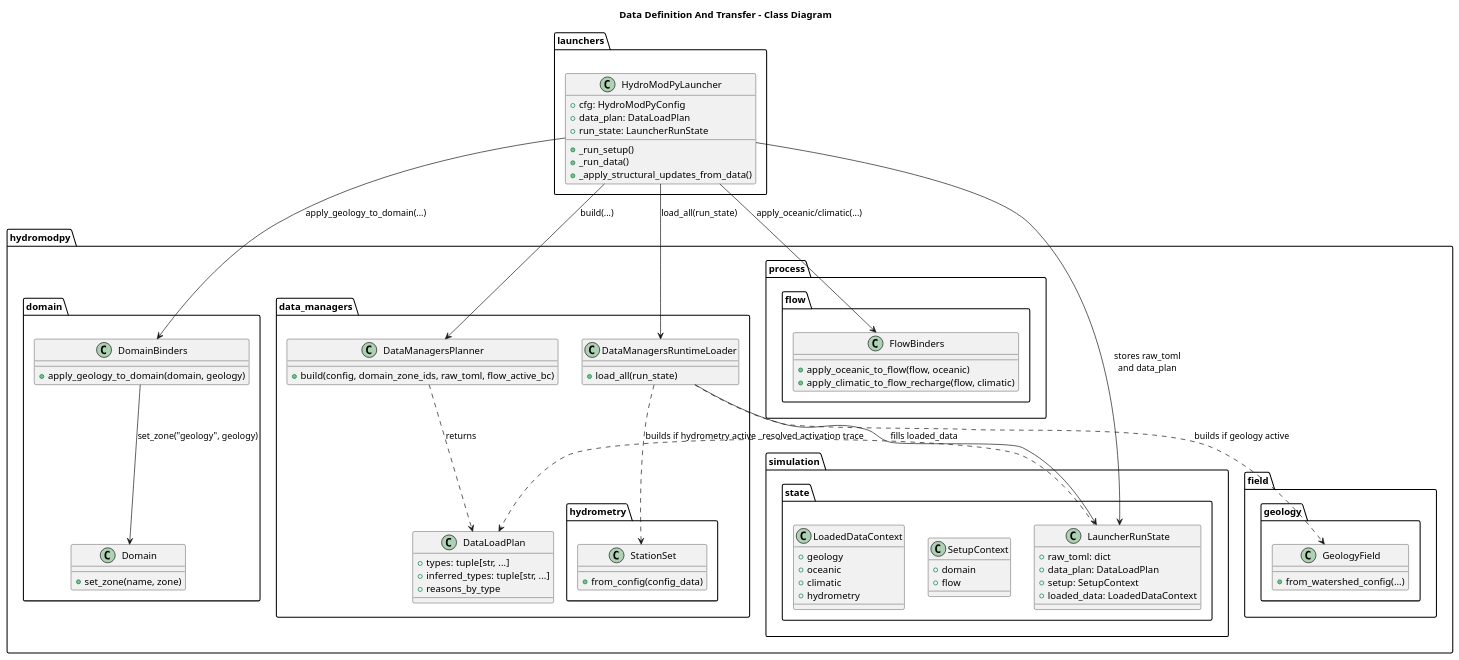
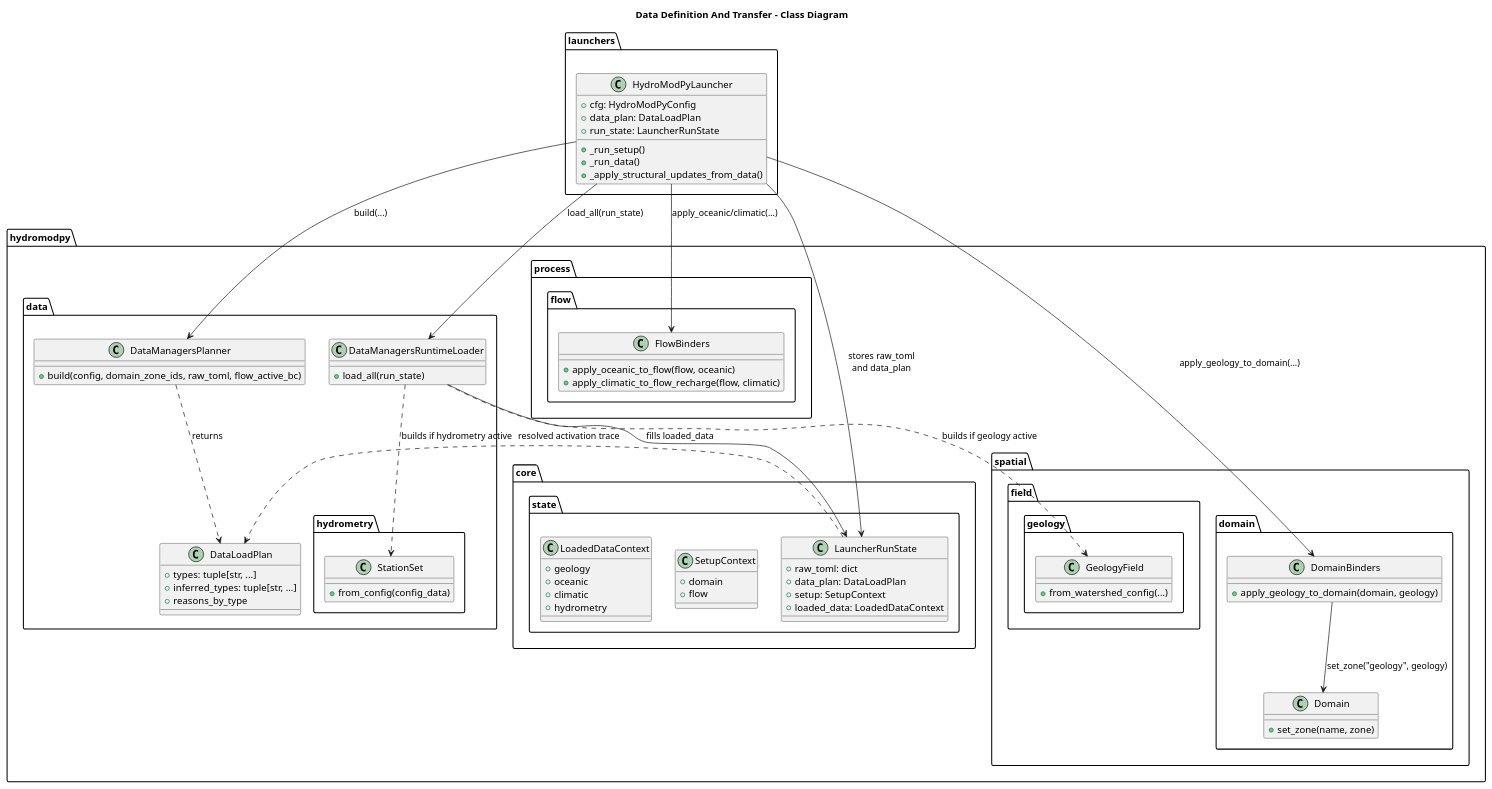
One commit to HydroModPy/HydroModPy changed the diagram in docs/readthedocs/source/architecture/data_loading/diagrams/data_definition_transfer_class.wsd. Above: the diagram before and after it, drawn with PlantUML. The commit also changed 1238 other files, not shown here.

```diff
--- a/docs/readthedocs/source/architecture/data_loading/diagrams/data_definition_transfer_class.wsd
+++ b/docs/readthedocs/source/architecture/data_loading/diagrams/data_definition_transfer_class.wsd
@@ -1,95 +1,95 @@
 @startuml
 title Data Definition And Transfer - Class Diagram
 
 package "launchers" {
   class HydroModPyLauncher {
     +cfg: HydroModPyConfig
     +data_plan: DataLoadPlan
     +run_state: LauncherRunState
     +_run_setup()
     +_run_data()
     +_apply_structural_updates_from_data()
   }
 }
 
-package "hydromodpy.simulation.state" {
+package "hydromodpy.core.state" {
   class LauncherRunState {
     +raw_toml: dict
     +data_plan: DataLoadPlan
     +setup: SetupContext
     +loaded_data: LoadedDataContext
   }
 
   class SetupContext {
     +domain
     +flow
   }
 
   class LoadedDataContext {
     +geology
     +oceanic
     +climatic
     +hydrometry
   }
 }
 
-package "hydromodpy.data_managers" {
+package "hydromodpy.data" {
   class DataManagersPlanner {
     +build(config, domain_zone_ids, raw_toml, flow_active_bc)
   }
 
   class DataLoadPlan {
     +types: tuple[str, ...]
     +inferred_types: tuple[str, ...]
     +reasons_by_type
   }
 
   class DataManagersRuntimeLoader {
     +load_all(run_state)
   }
 }
 
-package "hydromodpy.field.geology" {
+package "hydromodpy.spatial.field.geology" {
   class GeologyField {
     +from_watershed_config(...)
   }
 }
 
-package "hydromodpy.data_managers.hydrometry" {
+package "hydromodpy.data.hydrometry" {
   class StationSet {
     +from_config(config_data)
   }
 }
 
-package "hydromodpy.domain" {
+package "hydromodpy.spatial.domain" {
   class Domain {
     +set_zone(name, zone)
   }
 
   class DomainBinders {
     +apply_geology_to_domain(domain, geology)
   }
 }
 
 package "hydromodpy.process.flow" {
   class FlowBinders {
     +apply_oceanic_to_flow(flow, oceanic)
     +apply_climatic_to_flow_recharge(flow, climatic)
   }
 }
 
 HydroModPyLauncher --> DataManagersPlanner : build(...)
 DataManagersPlanner ..> DataLoadPlan : returns
 HydroModPyLauncher --> LauncherRunState : stores raw_toml\nand data_plan
 HydroModPyLauncher --> DataManagersRuntimeLoader : load_all(run_state)
 DataManagersRuntimeLoader --> LauncherRunState : fills loaded_data
 
 DataManagersRuntimeLoader ..> GeologyField : builds if geology active
 DataManagersRuntimeLoader ..> StationSet : builds if hydrometry active
 
 HydroModPyLauncher --> DomainBinders : apply_geology_to_domain(...)
 DomainBinders --> Domain : set_zone("geology", geology)
 HydroModPyLauncher --> FlowBinders : apply_oceanic/climatic(...)
 
 LauncherRunState ..> DataLoadPlan : resolved activation trace
 @enduml
```
